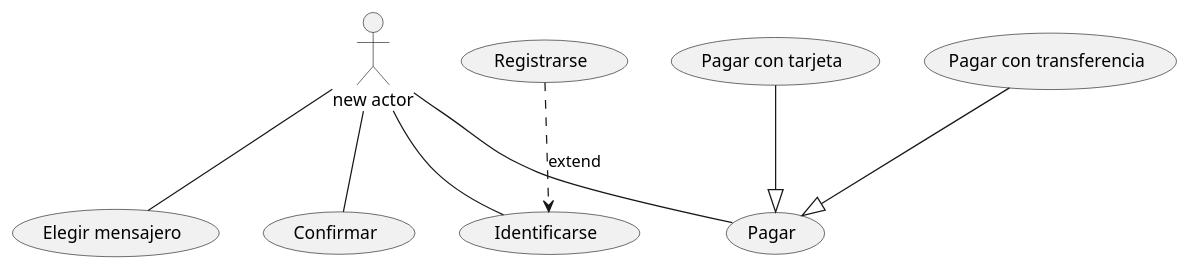
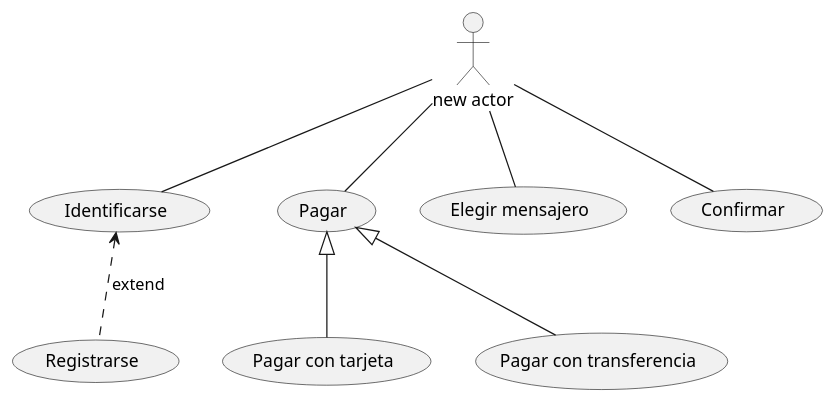
Before and after one commit to jbinade/PracticaClasesUML: the diagram in src/EjTiendaInternet.puml, drawn with PlantUML. The commit also changed 2 other files, not shown here.

```diff
--- a/src/EjTiendaInternet.puml
+++ b/src/EjTiendaInternet.puml
@@ -1,22 +1,22 @@
 @startuml
 
 actor :new actor:
 
 usecase Identificarse
 usecase Pagar
 usecase (Elegir mensajero)
 usecase Confirmar
 usecase Registrarse
 usecase (Pagar con tarjeta)
 usecase (Pagar con transferencia)
 
 :new actor: -- Identificarse
 :new actor: -- Pagar
 :new actor: -- (Elegir mensajero)
 :new actor: -- Confirmar
 
-Registrarse ..> Identificarse : extend
-(Pagar con transferencia) --|> Pagar
-(Pagar con tarjeta) --|> Pagar
+Identificarse <.. Registrarse : extend
+Pagar <|-- (Pagar con tarjeta)
+Pagar <|-- (Pagar con transferencia)
 
 @enduml
```
